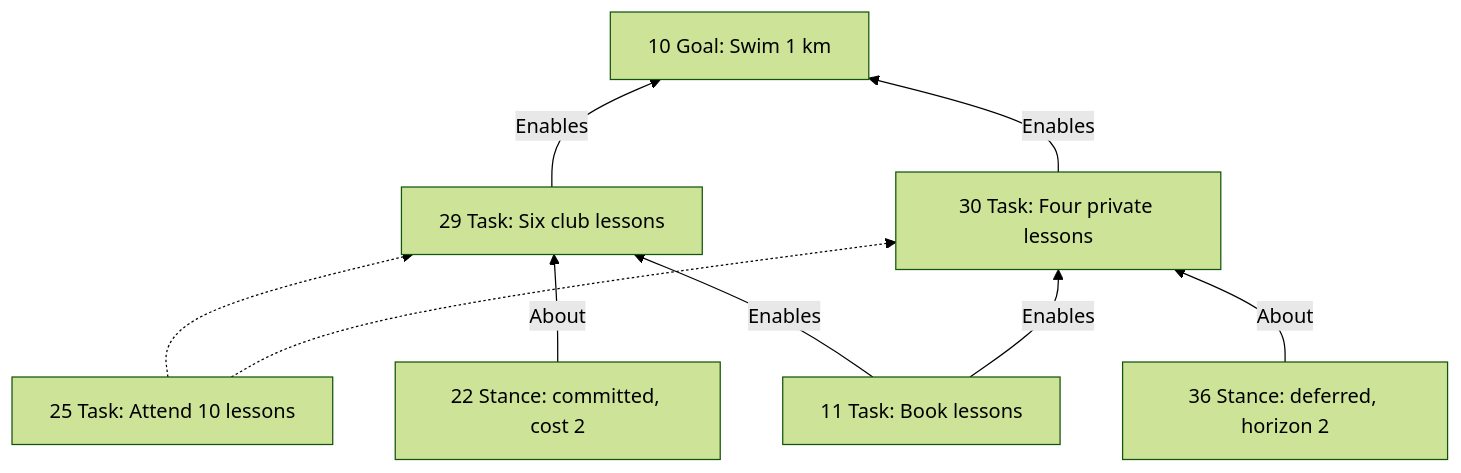
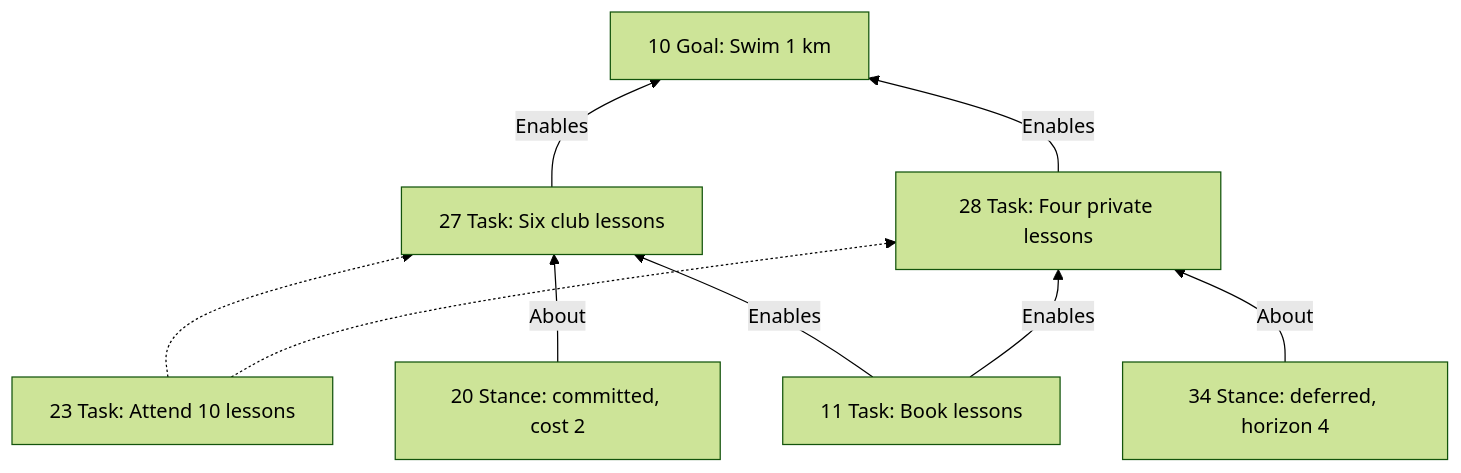
Before and after one commit to RezaOnGithub/lifecore: the fourth of 13 diagrams in docs/PLANNING-EXPLAINER.md, drawn with Mermaid (forest theme). The commit also changed other lines of this file and 3 other files, not shown here.

````diff
--- a/docs/PLANNING-EXPLAINER.md
+++ b/docs/PLANNING-EXPLAINER.md
@@ -515,12 +503,12 @@
 ```mermaid
 flowchart BT
-    T2b["25 Task: Attend 10 lessons"]
-    T2b -.-> A["29 Task: Six club lessons"]
-    T2b -.-> B["30 Task: Four private lessons"]
+    T2b["23 Task: Attend 10 lessons"]
+    T2b -.-> A["27 Task: Six club lessons"]
+    T2b -.-> B["28 Task: Four private lessons"]
     T1["11 Task: Book lessons"] -- Enables --> A
     T1 -- Enables --> B
     A -- Enables --> G["10 Goal: Swim 1 km"]
     B -- Enables --> G
-    S3["22 Stance: committed, cost 2"] -- About --> A
-    S4["36 Stance: deferred, horizon 2"] -- About --> B
+    S3["20 Stance: committed, cost 2"] -- About --> A
+    S4["34 Stance: deferred, horizon 4"] -- About --> B
 ```
````
